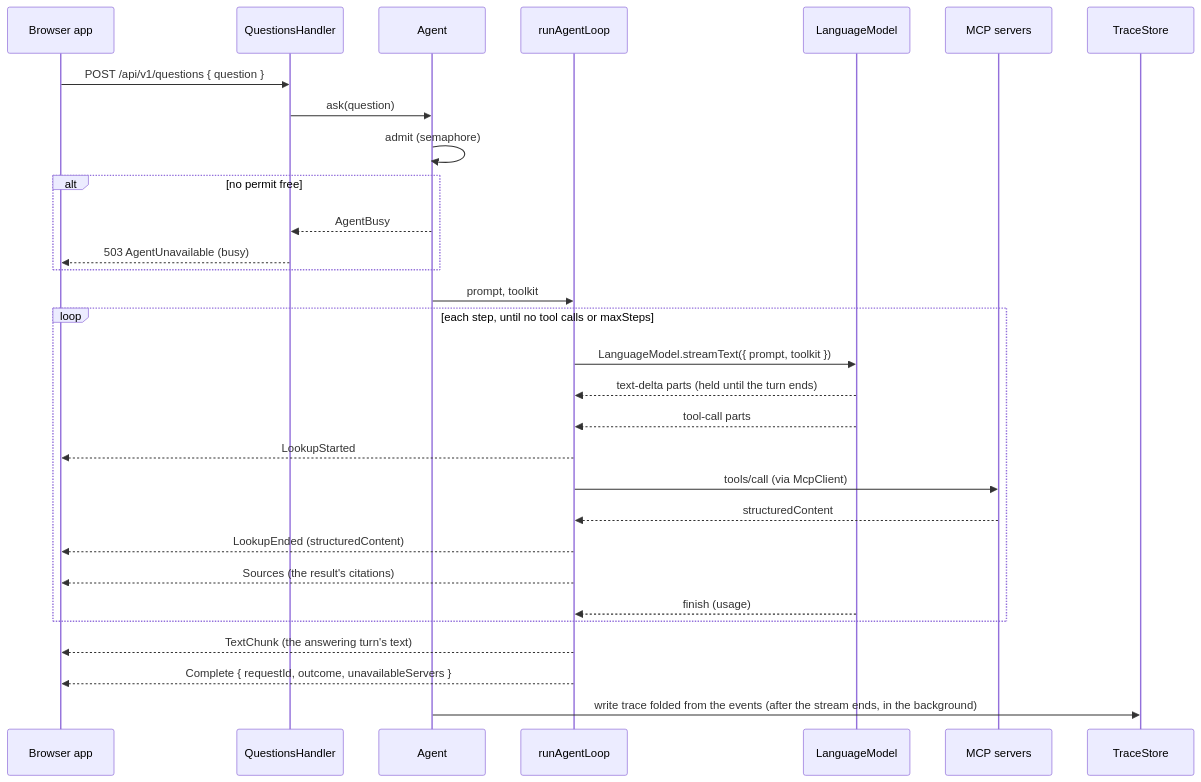
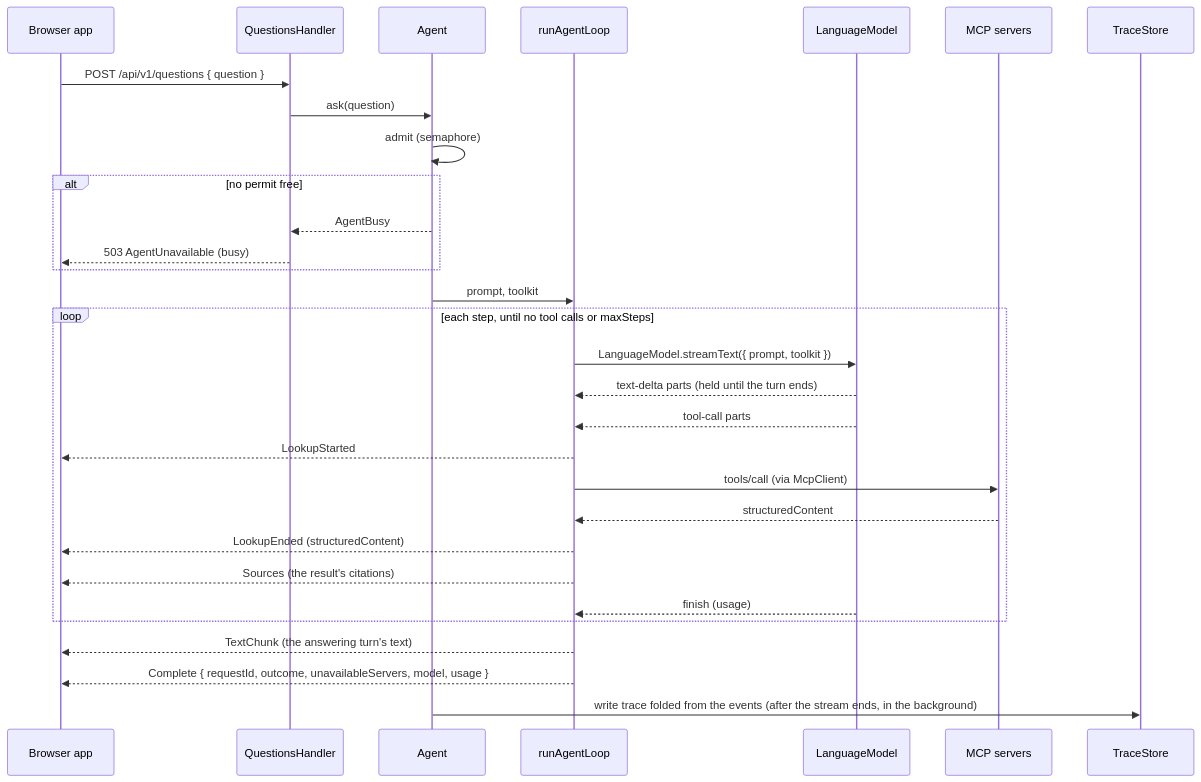
One commit to mollyegibson/policy-huis changed the diagram in docs/plans/agent-loop.md. Above: the diagram before and after it, drawn with Mermaid. The commit also changed other lines of this file and 53 other files, not shown here.

````diff
--- a/docs/plans/agent-loop.md
+++ b/docs/plans/agent-loop.md
@@ -108,33 +110,33 @@
 ```mermaid
 sequenceDiagram
     participant B as Browser app
     participant H as QuestionsHandler
     participant A as Agent
     participant L as runAgentLoop
     participant M as LanguageModel
     participant S as MCP servers
     participant T as TraceStore
 
     B->>H: POST /api/v1/questions { question }
     H->>A: ask(question)
     A->>A: admit (semaphore)
     alt no permit free
         A-->>H: AgentBusy
         H-->>B: 503 AgentUnavailable (busy)
     end
     A->>L: prompt, toolkit
     loop each step, until no tool calls or maxSteps
         L->>M: LanguageModel.streamText({ prompt, toolkit })
         M-->>L: text-delta parts (held until the turn ends)
         M-->>L: tool-call parts
         L-->>B: LookupStarted
         L->>S: tools/call (via McpClient)
         S-->>L: structuredContent
         L-->>B: LookupEnded (structuredContent)
         L-->>B: Sources (the result's citations)
         M-->>L: finish (usage)
     end
     L-->>B: TextChunk (the answering turn's text)
-    L-->>B: Complete { requestId, outcome, unavailableServers }
+    L-->>B: Complete { requestId, outcome, unavailableServers, model, usage }
     A->>T: write trace folded from the events (after the stream ends, in the background)
 ```
````
